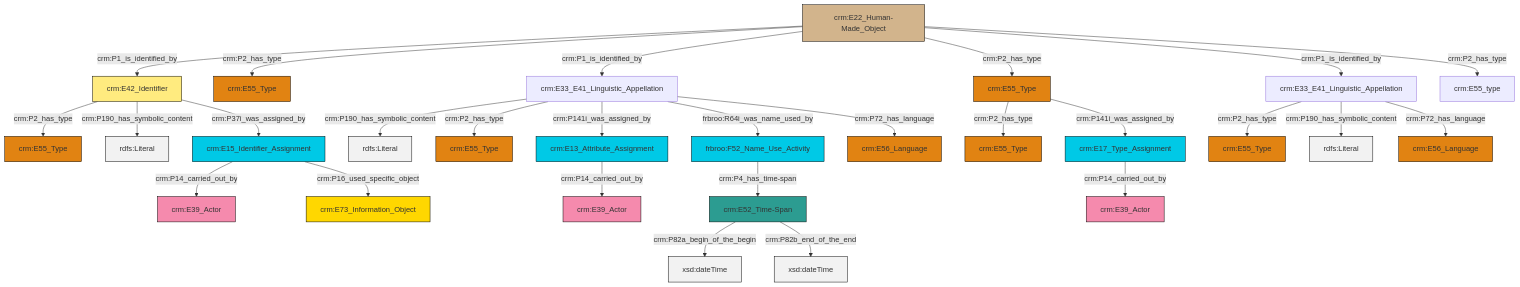
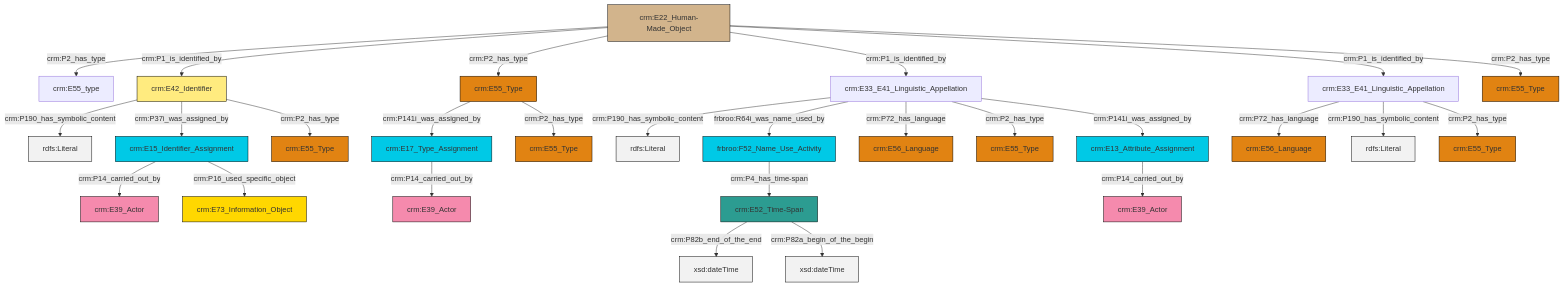
One commit to swiss-art-research-net/reference-data-models changed the diagram in et/builtWorkCSV/ttl/mmd/Built_Work_Names.ttl.mmd. Above: the diagram before and after it, drawn with Mermaid. The commit also changed 122 other files, not shown here.

```diff
--- a/et/builtWorkCSV/ttl/mmd/Built_Work_Names.ttl.mmd
+++ b/et/builtWorkCSV/ttl/mmd/Built_Work_Names.ttl.mmd
@@ -1,41 +1,41 @@
 graph TD
 classDef Literal fill:#f2f2f2,stroke:#000000;
 classDef CRM_Entity fill:#FFFFFF,stroke:#000000;
 classDef Temporal_Entity fill:#00C9E6, stroke:#000000;
 classDef Type fill:#E18312, stroke:#000000;
 classDef Time-Span fill:#2C9C91, stroke:#000000;
 classDef Appellation fill:#FFEB7F, stroke:#000000;
 classDef Place fill:#008836, stroke:#000000;
 classDef Persistent_Item fill:#B266B2, stroke:#000000;
 classDef Conceptual_Object fill:#FFD700, stroke:#000000;
 classDef Physical_Thing fill:#D2B48C, stroke:#000000;
 classDef Actor fill:#f58aad, stroke:#000000;
 classDef PC_Classes fill:#4ce600, stroke:#000000;
 classDef Multi fill:#cccccc,stroke:#000000;
 
-0["crm:E33_E41_Linguistic_Appellation"]:::Default -->|crm:P2_has_type| 4["crm:E55_Type"]:::Type
-5["crm:E22_Human-Made_Object"]:::Physical_Thing -->|crm:P1_is_identified_by| 6["crm:E42_Identifier"]:::Appellation
-9["frbroo:F52_Name_Use_Activity"]:::Temporal_Entity -->|crm:P4_has_time-span| 10["crm:E52_Time-Span"]:::Time-Span
-2["crm:E17_Type_Assignment"]:::Temporal_Entity -->|crm:P14_carried_out_by| 11["crm:E39_Actor"]:::Actor
-5["crm:E22_Human-Made_Object"]:::Physical_Thing -->|crm:P2_has_type| 14["crm:E55_Type"]:::Type
-7["crm:E33_E41_Linguistic_Appellation"]:::Default -->|crm:P190_has_symbolic_content| 16[rdfs:Literal]:::Literal
-19["crm:E15_Identifier_Assignment"]:::Temporal_Entity -->|crm:P14_carried_out_by| 20["crm:E39_Actor"]:::Actor
-10["crm:E52_Time-Span"]:::Time-Span -->|crm:P82a_begin_of_the_begin| 21[xsd:dateTime]:::Literal
-5["crm:E22_Human-Made_Object"]:::Physical_Thing -->|crm:P1_is_identified_by| 7["crm:E33_E41_Linguistic_Appellation"]:::Default
-12["crm:E13_Attribute_Assignment"]:::Temporal_Entity -->|crm:P14_carried_out_by| 22["crm:E39_Actor"]:::Actor
-5["crm:E22_Human-Made_Object"]:::Physical_Thing -->|crm:P2_has_type| 26["crm:E55_Type"]:::Type
-0["crm:E33_E41_Linguistic_Appellation"]:::Default -->|crm:P190_has_symbolic_content| 28[rdfs:Literal]:::Literal
-6["crm:E42_Identifier"]:::Appellation -->|crm:P2_has_type| 31["crm:E55_Type"]:::Type
-7["crm:E33_E41_Linguistic_Appellation"]:::Default -->|crm:P2_has_type| 37["crm:E55_Type"]:::Type
-7["crm:E33_E41_Linguistic_Appellation"]:::Default -->|crm:P141i_was_assigned_by| 12["crm:E13_Attribute_Assignment"]:::Temporal_Entity
-6["crm:E42_Identifier"]:::Appellation -->|crm:P190_has_symbolic_content| 38[rdfs:Literal]:::Literal
-7["crm:E33_E41_Linguistic_Appellation"]:::Default -->|frbroo:R64i_was_name_used_by| 9["frbroo:F52_Name_Use_Activity"]:::Temporal_Entity
-10["crm:E52_Time-Span"]:::Time-Span -->|crm:P82b_end_of_the_end| 41[xsd:dateTime]:::Literal
-26["crm:E55_Type"]:::Type -->|crm:P2_has_type| 29["crm:E55_Type"]:::Type
-19["crm:E15_Identifier_Assignment"]:::Temporal_Entity -->|crm:P16_used_specific_object| 39["crm:E73_Information_Object"]:::Conceptual_Object
-5["crm:E22_Human-Made_Object"]:::Physical_Thing -->|crm:P1_is_identified_by| 0["crm:E33_E41_Linguistic_Appellation"]:::Default
-6["crm:E42_Identifier"]:::Appellation -->|crm:P37i_was_assigned_by| 19["crm:E15_Identifier_Assignment"]:::Temporal_Entity
-0["crm:E33_E41_Linguistic_Appellation"]:::Default -->|crm:P72_has_language| 32["crm:E56_Language"]:::Type
-5["crm:E22_Human-Made_Object"]:::Physical_Thing -->|crm:P2_has_type| 23["crm:E55_type"]:::Default
-7["crm:E33_E41_Linguistic_Appellation"]:::Default -->|crm:P72_has_language| 17["crm:E56_Language"]:::Type
-26["crm:E55_Type"]:::Type -->|crm:P141i_was_assigned_by| 2["crm:E17_Type_Assignment"]:::Temporal_Entity
+0["crm:E33_E41_Linguistic_Appellation"]:::Default -->|crm:P190_has_symbolic_content| 1[rdfs:Literal]:::Literal
+9["crm:E22_Human-Made_Object"]:::Physical_Thing -->|crm:P2_has_type| 11["crm:E55_type"]:::Default
+0["crm:E33_E41_Linguistic_Appellation"]:::Default -->|frbroo:R64i_was_name_used_by| 14["frbroo:F52_Name_Use_Activity"]:::Temporal_Entity
+2["crm:E33_E41_Linguistic_Appellation"]:::Default -->|crm:P72_has_language| 21["crm:E56_Language"]:::Type
+7["crm:E13_Attribute_Assignment"]:::Temporal_Entity -->|crm:P14_carried_out_by| 22["crm:E39_Actor"]:::Actor
+0["crm:E33_E41_Linguistic_Appellation"]:::Default -->|crm:P72_has_language| 23["crm:E56_Language"]:::Type
+25["crm:E55_Type"]:::Type -->|crm:P141i_was_assigned_by| 26["crm:E17_Type_Assignment"]:::Temporal_Entity
+26["crm:E17_Type_Assignment"]:::Temporal_Entity -->|crm:P14_carried_out_by| 29["crm:E39_Actor"]:::Actor
+9["crm:E22_Human-Made_Object"]:::Physical_Thing -->|crm:P1_is_identified_by| 30["crm:E42_Identifier"]:::Appellation
+17["crm:E52_Time-Span"]:::Time-Span -->|crm:P82b_end_of_the_end| 31[xsd:dateTime]:::Literal
+12["crm:E15_Identifier_Assignment"]:::Temporal_Entity -->|crm:P14_carried_out_by| 27["crm:E39_Actor"]:::Actor
+30["crm:E42_Identifier"]:::Appellation -->|crm:P190_has_symbolic_content| 33[rdfs:Literal]:::Literal
+14["frbroo:F52_Name_Use_Activity"]:::Temporal_Entity -->|crm:P4_has_time-span| 17["crm:E52_Time-Span"]:::Time-Span
+9["crm:E22_Human-Made_Object"]:::Physical_Thing -->|crm:P2_has_type| 25["crm:E55_Type"]:::Type
+17["crm:E52_Time-Span"]:::Time-Span -->|crm:P82a_begin_of_the_begin| 34[xsd:dateTime]:::Literal
+9["crm:E22_Human-Made_Object"]:::Physical_Thing -->|crm:P1_is_identified_by| 0["crm:E33_E41_Linguistic_Appellation"]:::Default
+9["crm:E22_Human-Made_Object"]:::Physical_Thing -->|crm:P1_is_identified_by| 2["crm:E33_E41_Linguistic_Appellation"]:::Default
+2["crm:E33_E41_Linguistic_Appellation"]:::Default -->|crm:P190_has_symbolic_content| 41[rdfs:Literal]:::Literal
+0["crm:E33_E41_Linguistic_Appellation"]:::Default -->|crm:P2_has_type| 42["crm:E55_Type"]:::Type
+30["crm:E42_Identifier"]:::Appellation -->|crm:P37i_was_assigned_by| 12["crm:E15_Identifier_Assignment"]:::Temporal_Entity
+9["crm:E22_Human-Made_Object"]:::Physical_Thing -->|crm:P2_has_type| 43["crm:E55_Type"]:::Type
+12["crm:E15_Identifier_Assignment"]:::Temporal_Entity -->|crm:P16_used_specific_object| 15["crm:E73_Information_Object"]:::Conceptual_Object
+0["crm:E33_E41_Linguistic_Appellation"]:::Default -->|crm:P141i_was_assigned_by| 7["crm:E13_Attribute_Assignment"]:::Temporal_Entity
+25["crm:E55_Type"]:::Type -->|crm:P2_has_type| 19["crm:E55_Type"]:::Type
+30["crm:E42_Identifier"]:::Appellation -->|crm:P2_has_type| 48["crm:E55_Type"]:::Type
+2["crm:E33_E41_Linguistic_Appellation"]:::Default -->|crm:P2_has_type| 4["crm:E55_Type"]:::Type
```
